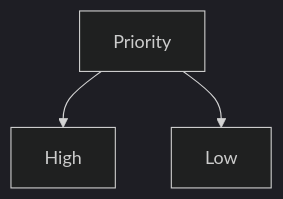
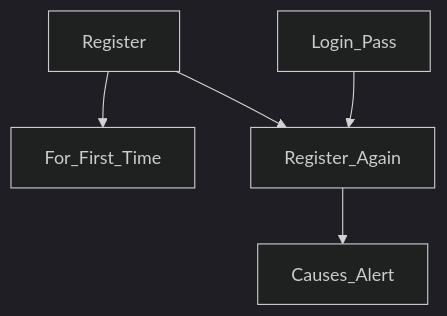
The first of 2 diagrams in README.md (RouthKiranBabu/CWP_B39), drawn with Mermaid (dark theme) before and after one commit. The commit also changed other lines of this file, not shown here.

````diff
--- a/README.md
+++ b/README.md
@@ -25,5 +25,7 @@
 ```mermaid
 graph TD;
-    Priority-->High;
-    Priority-->Low;
+    Register-->For_First_Time;
+    Register-->Register_Again;
+    Login_Pass-->Register_Again;
+    Register_Again-->Causes_Alert;
 ```
````
